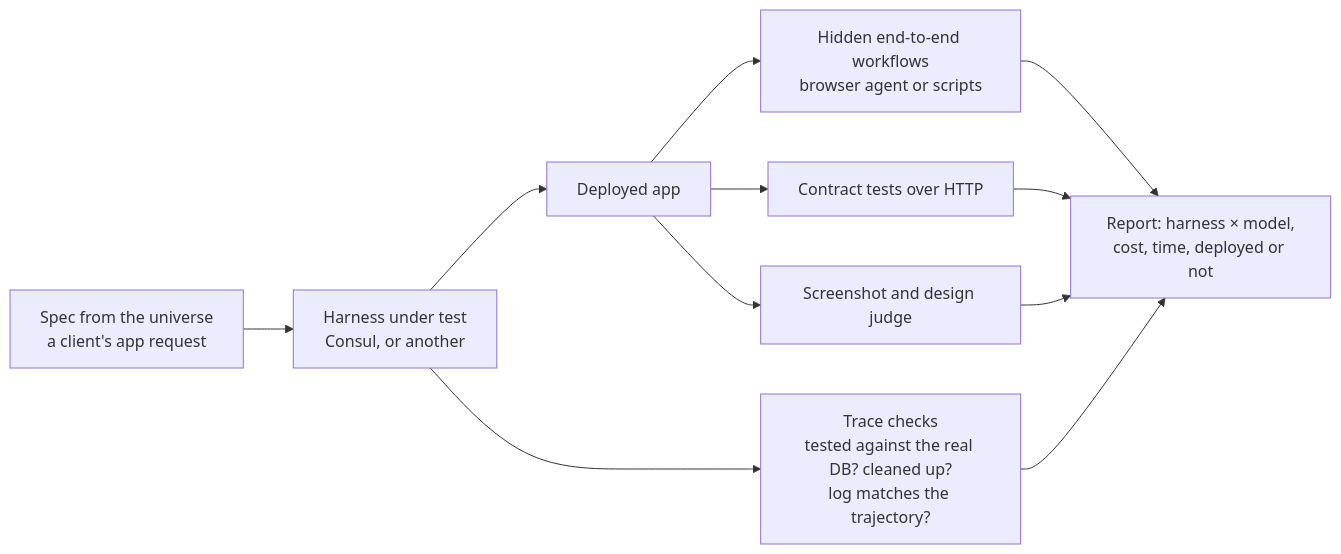
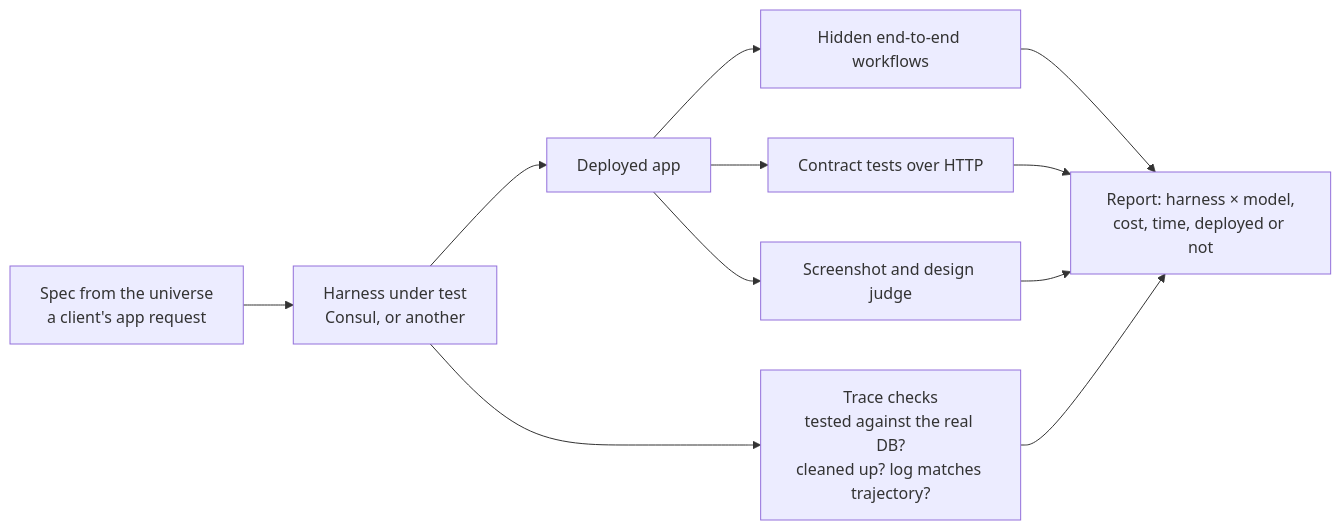
Diagram 12 of 17 in README.md (nbdesai1992/orbifex), drawn with Mermaid before and after one commit. The commit also changed other lines of this file, not shown here.

````diff
--- a/README.md
+++ b/README.md
@@ -398,10 +425,10 @@
 ```mermaid
 flowchart LR
   SPC["Spec from the universe<br/>a client's app request"] --> H["Harness under test<br/>Consul, or another"]
   H --> APP["Deployed app"]
-  APP --> E2E["Hidden end-to-end workflows<br/>browser agent or scripts"]
+  APP --> E2E["Hidden end-to-end workflows"]
   APP --> API["Contract tests over HTTP"]
   APP --> VIS["Screenshot and design judge"]
-  H --> TR["Trace checks<br/>tested against the real DB? cleaned up?<br/>log matches the trajectory?"]
+  H --> TR["Trace checks<br/>tested against the real DB?<br/>cleaned up? log matches trajectory?"]
   E2E & API & VIS & TR --> RPT["Report: harness × model,<br/>cost, time, deployed or not"]
 ```
````
